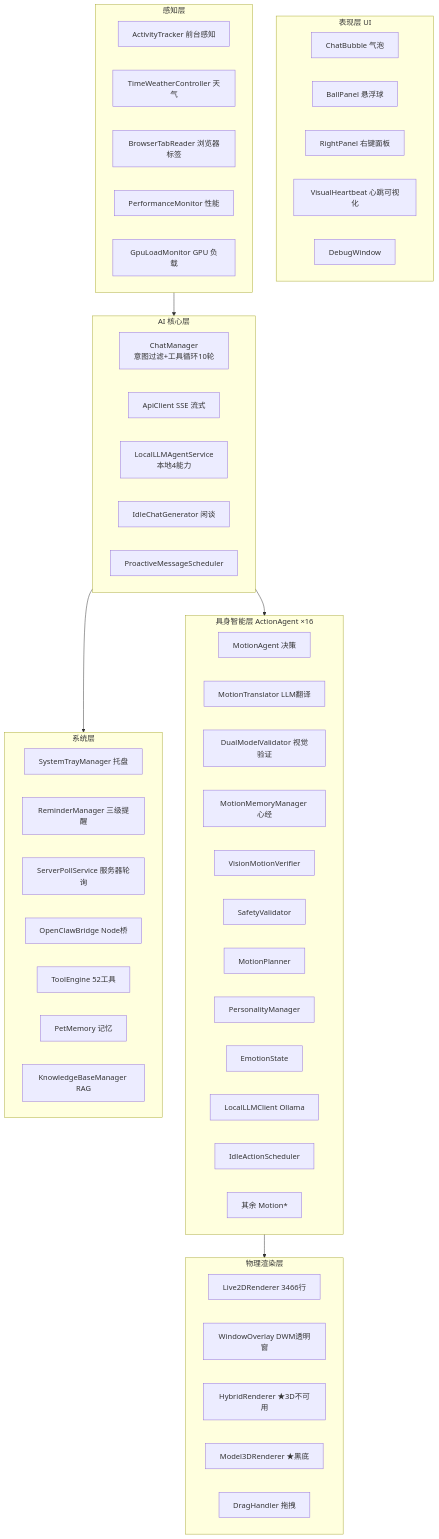
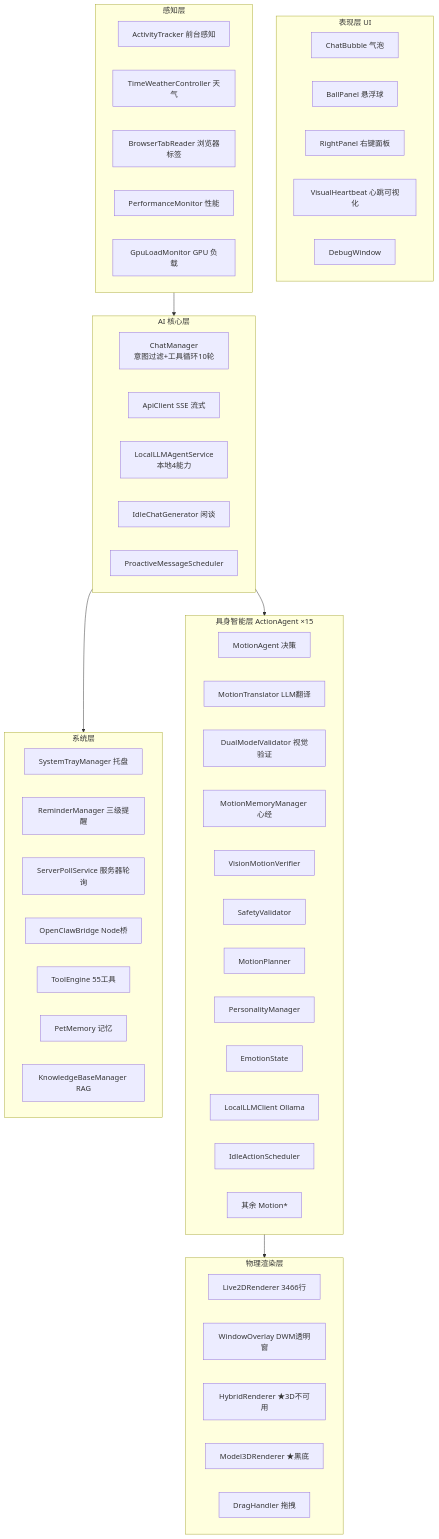
Before and after one commit to xuan-852/FuXuan_deskpet: the diagram in project_brief/code-truth-architecture.md, drawn with Mermaid. The commit also changed other lines of this file and 11 other files, not shown here.

````diff
--- a/project_brief/code-truth-architecture.md
+++ b/project_brief/code-truth-architecture.md
@@ -46,64 +49,64 @@
 ```mermaid
 flowchart TB
     subgraph UI[表现层 UI]
         A1[ChatBubble 气泡]
         A2[BallPanel 悬浮球]
         A3[RightPanel 右键面板]
         A4[VisualHeartbeat 心跳可视化]
         A5[DebugWindow]
     end
 
     subgraph AI[AI 核心层]
         B1[ChatManager<br/>意图过滤+工具循环10轮]
         B2[ApiClient SSE 流式]
         B3[LocalLLMAgentService<br/>本地4能力]
         B4[IdleChatGenerator 闲谈]
         B5[ProactiveMessageScheduler]
     end
 
     subgraph PER[感知层]
         C1[ActivityTracker 前台感知]
         C2[TimeWeatherController 天气]
         C3[BrowserTabReader 浏览器标签]
         C4[PerformanceMonitor 性能]
         C5[GpuLoadMonitor GPU 负载]
     end
 
-    subgraph EMB[具身智能层 ActionAgent ×16]
+    subgraph EMB[具身智能层 ActionAgent ×15]
         D1[MotionAgent 决策]
         D2[MotionTranslator LLM翻译]
         D3[DualModelValidator 视觉验证]
         D4[MotionMemoryManager 心经]
         D5[VisionMotionVerifier]
         D6[SafetyValidator]
         D7[MotionPlanner]
         D8[PersonalityManager]
         D9[EmotionState]
         D10[LocalLLMClient Ollama]
         D11[IdleActionScheduler]
         D12[其余 Motion*]
     end
 
     subgraph PHYS[物理渲染层]
         E1[Live2DRenderer 3466行]
         E2[WindowOverlay DWM透明窗]
         E3[HybridRenderer ★3D不可用]
         E4[Model3DRenderer ★黑底]
         E5[DragHandler 拖拽]
     end
 
     subgraph SYS[系统层]
         F1[SystemTrayManager 托盘]
         F2[ReminderManager 三级提醒]
         F3[ServerPollService 服务器轮询]
         F4[OpenClawBridge Node桥]
-        F5[ToolEngine 52工具]
+        F5[ToolEngine 55工具]
         F6[PetMemory 记忆]
         F7[KnowledgeBaseManager RAG]
     end
 
     AI --> EMB
     PER --> AI
     EMB --> PHYS
     AI --> SYS
 ```
````
